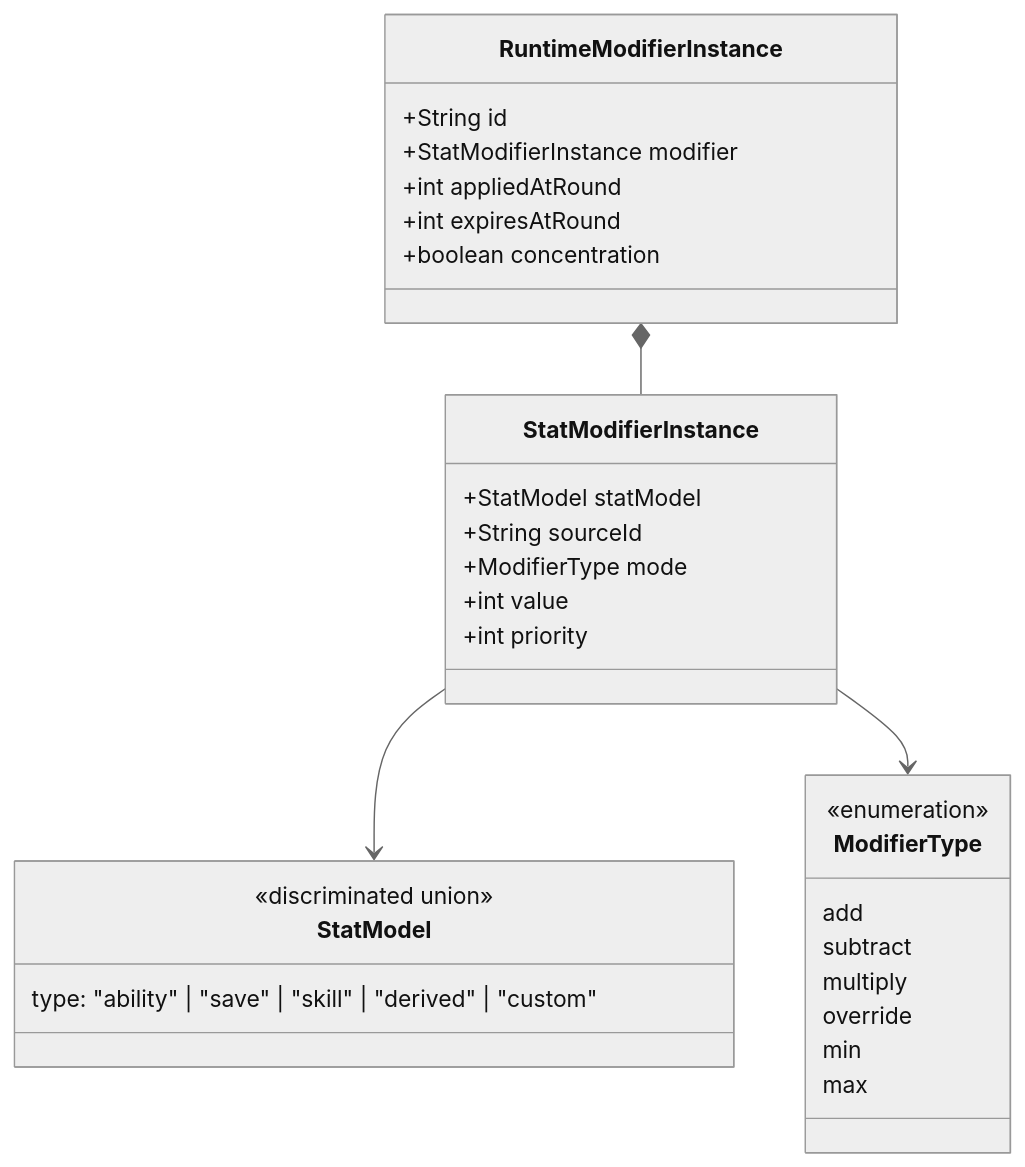
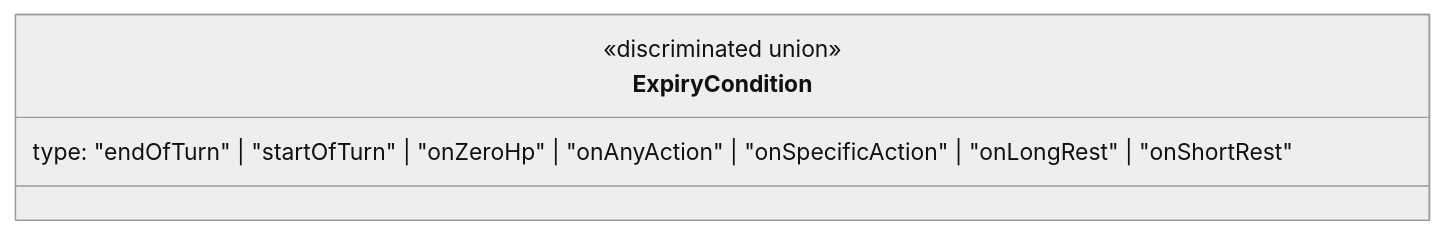
The seventh of 7 diagrams in docs/domain-model.md (JaredReyes107/DnD-Companion), drawn with Mermaid (neutral theme) before and after one commit. The commit also changed other lines of this file and 241 other files, not shown here.

````diff
--- a/docs/domain-model.md
+++ b/docs/domain-model.md
@@ -213,37 +330,7 @@
 ```mermaid
 classDiagram
-    class RuntimeModifierInstance {
-        +String id
-        +StatModifierInstance modifier
-        +int appliedAtRound
-        +int expiresAtRound
-        +boolean concentration
+    class ExpiryCondition {
+        <<discriminated union>>
+        type: "endOfTurn" | "startOfTurn" | "onZeroHp" | "onAnyAction" | "onSpecificAction" | "onLongRest" | "onShortRest"
     }
-
-    class StatModifierInstance {
-        +StatModel statModel
-        +String sourceId
-        +ModifierType mode
-        +int value
-        +int priority
-    }
-
-    class StatModel {
-        <<discriminated union>>
-        type: "ability" | "save" | "skill" | "derived" | "custom"
-    }
-
-    class ModifierType {
-        <<enumeration>>
-        add
-        subtract
-        multiply
-        override
-        min
-        max
-    }
-
-    RuntimeModifierInstance *-- StatModifierInstance
-    StatModifierInstance --> StatModel
-    StatModifierInstance --> ModifierType
 ```
````
